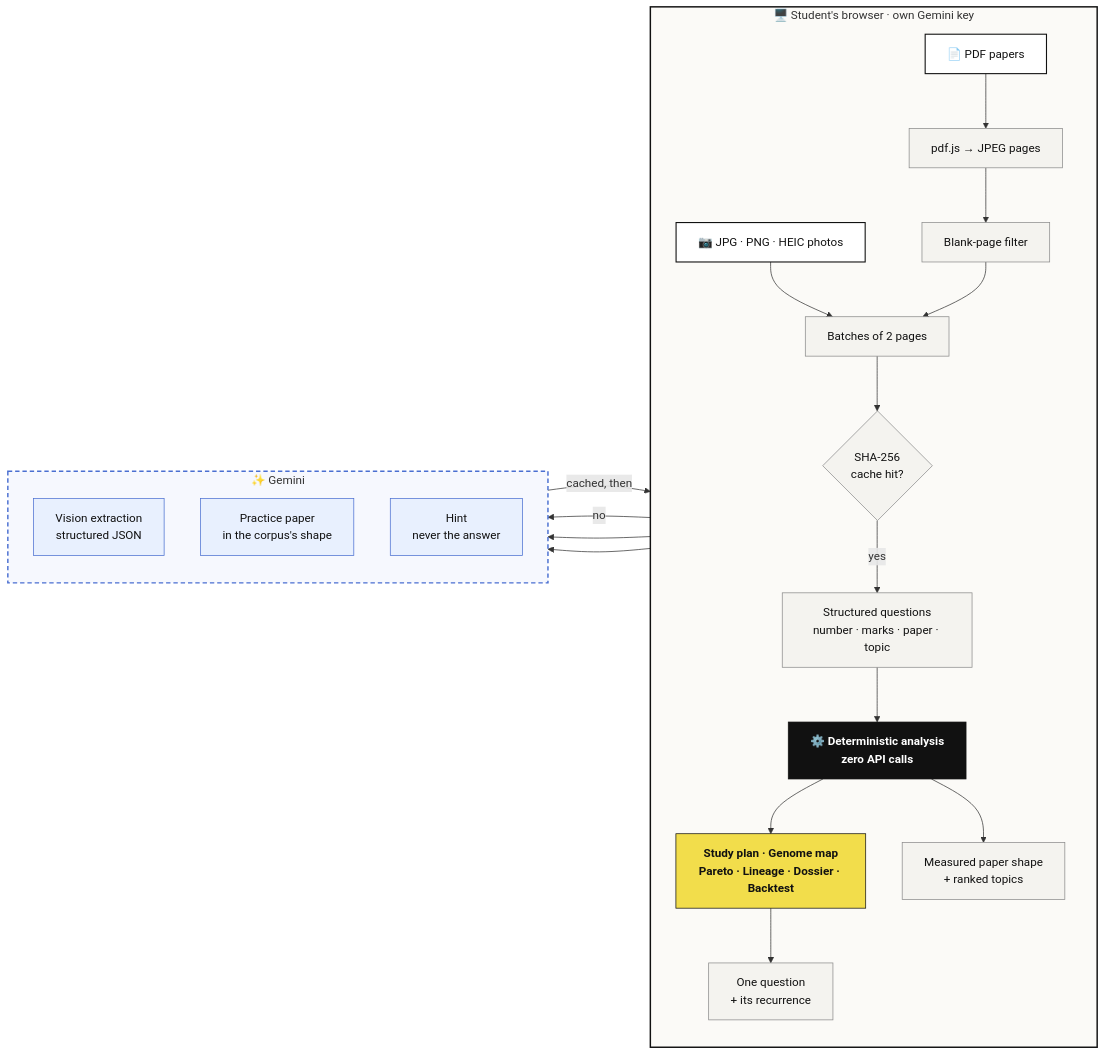
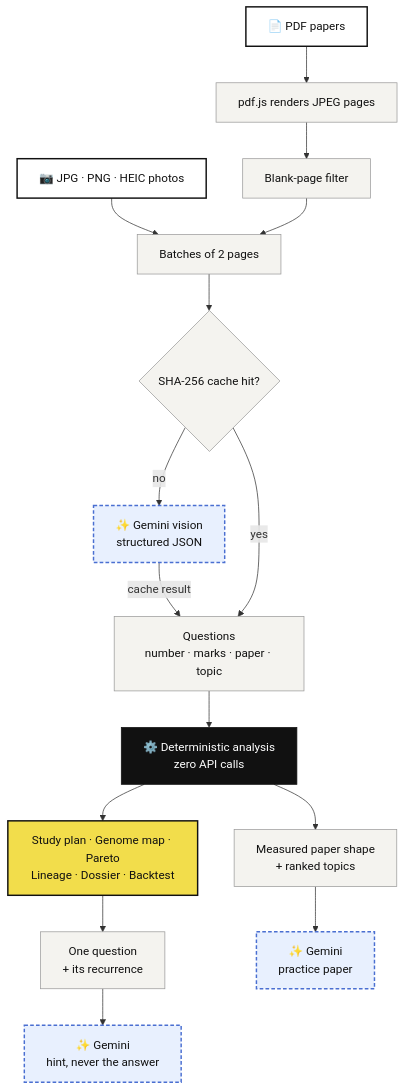
Before and after one commit to adib-11/qdna: the diagram in README.md, drawn with Mermaid. The commit also changed other lines of this file, not shown here.

Commit message:
docs: top-down layout for the How it works diagram

````diff
--- a/README.md
+++ b/README.md
@@ -120,41 +120,28 @@
 ```mermaid
-flowchart LR
-    subgraph browser["🖥️ Student's browser · own Gemini key"]
-        direction TB
-        pdf["📄 PDF papers"] --> raster["pdf.js → JPEG pages"]
-        raster --> blank["Blank-page filter"]
-        photos["📷 JPG · PNG · HEIC photos"] --> batch
-        blank --> batch["Batches of 2 pages"]
-        batch --> cache{"SHA-256<br/>cache hit?"}
-        cache -- yes --> questions["Structured questions<br/>number · marks · paper · topic"]
-        questions --> engine["⚙️ Deterministic analysis<br/>zero API calls"]
-        engine --> outputs["Study plan · Genome map<br/>Pareto · Lineage · Dossier · Backtest"]
-        engine --> shape["Measured paper shape<br/>+ ranked topics"]
-        outputs --> one["One question<br/>+ its recurrence"]
-    end
+flowchart TB
+    pdf["📄 PDF papers"] --> raster["pdf.js renders JPEG pages"]
+    raster --> blank["Blank-page filter"]
+    photos["📷 JPG · PNG · HEIC photos"] --> batch
+    blank --> batch["Batches of 2 pages"]
+    batch --> cache{"SHA-256 cache hit?"}
+    cache -- "no" --> extract["✨ Gemini vision<br/>structured JSON"]
+    extract -- "cache result" --> questions
+    cache -- "yes" --> questions["Questions<br/>number · marks · paper · topic"]
+    questions --> engine["⚙️ Deterministic analysis<br/>zero API calls"]
+    engine --> outputs["Study plan · Genome map · Pareto<br/>Lineage · Dossier · Backtest"]
+    engine --> shape["Measured paper shape<br/>+ ranked topics"]
+    outputs --> one["One question<br/>+ its recurrence"]
+    shape --> paper["✨ Gemini<br/>practice paper"]
+    one --> hint["✨ Gemini<br/>hint, never the answer"]
 
-    subgraph google["✨ Gemini"]
-        direction TB
-        extract["Vision extraction<br/>structured JSON"]
-        paper["Practice paper<br/>in the corpus's shape"]
-        hint["Hint<br/>never the answer"]
-    end
-
-    cache -- no --> extract
-    extract -- "cached, then" --> questions
-    shape --> paper
-    one --> hint
-
-    classDef input fill:#ffffff,stroke:#111111,stroke-width:1.5px,color:#111111
-    classDef step fill:#f4f3ef,stroke:#8a8a8a,color:#111111
-    classDef core fill:#111111,stroke:#111111,color:#ffffff,font-weight:bold
-    classDef result fill:#f2dd4b,stroke:#111111,color:#111111,font-weight:bold
-    classDef model fill:#e8f0fe,stroke:#4a6fd1,color:#111111
+    classDef input fill:#ffffff,stroke:#111111,stroke-width:2px,color:#111111
+    classDef step fill:#f4f3ef,stroke:#9a9a9a,color:#111111
+    classDef core fill:#111111,stroke:#111111,color:#ffffff
+    classDef result fill:#f2dd4b,stroke:#111111,stroke-width:2px,color:#111111
+    classDef model fill:#e8f0fe,stroke:#4a6fd1,stroke-width:2px,stroke-dasharray:5 3,color:#111111
     class pdf,photos input
     class raster,blank,batch,cache,questions,shape,one step
     class engine core
     class outputs result
     class extract,paper,hint model
-    style browser fill:#fbfaf7,stroke:#111111,stroke-width:2px
-    style google fill:#f6f8fe,stroke:#4a6fd1,stroke-width:2px,stroke-dasharray:6 4
 ```
````
